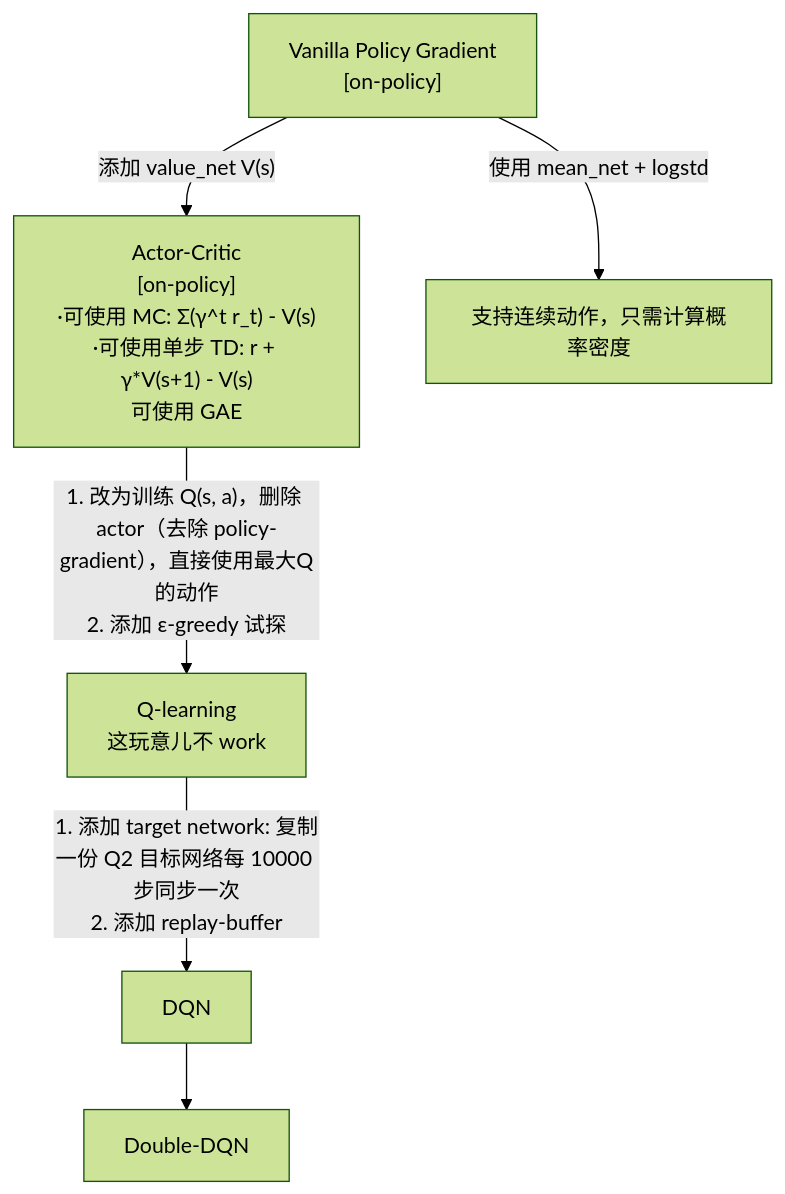
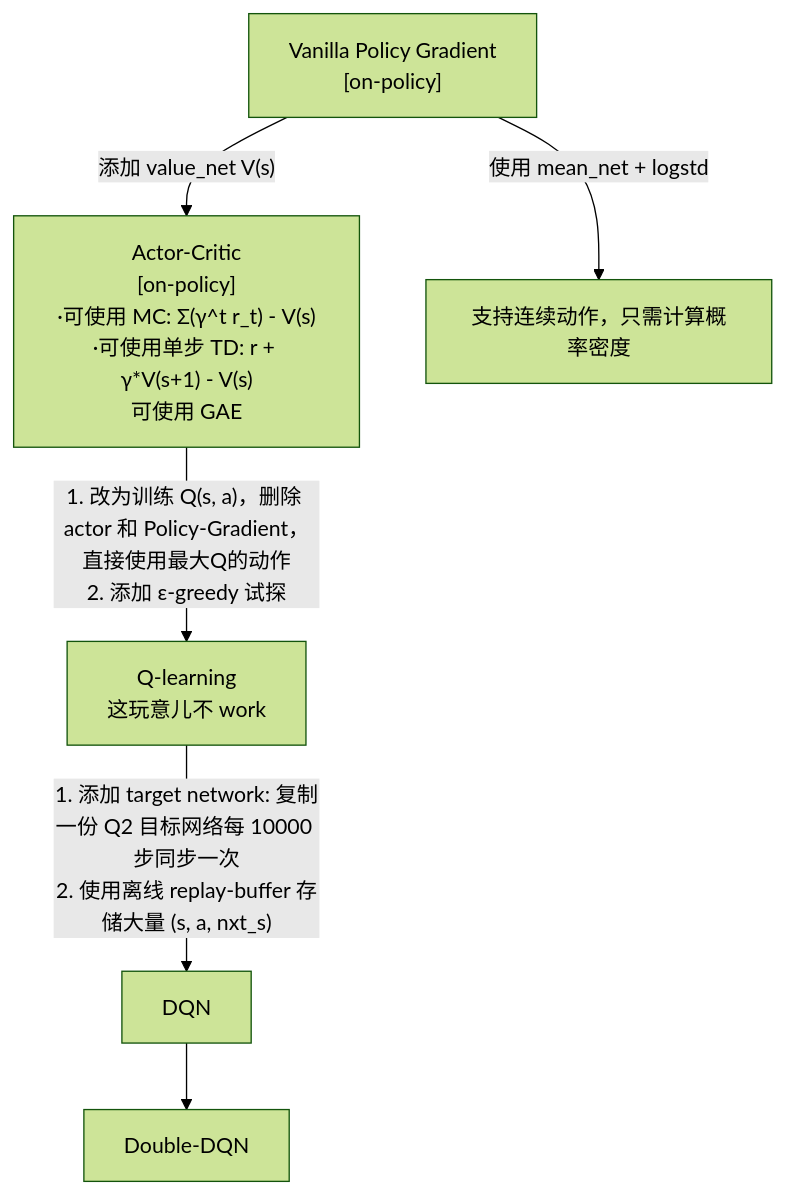
The diagram in 技术学习/285/285-0.md (julyfun/how-to), drawn with Mermaid (forest theme) before and after one commit. The commit also changed other lines of this file and 1 other file, not shown here.

Commit message:
M 技术学习/285/285-0.md | M 技术学习/285/285-2.md

````diff
--- a/技术学习/285/285-0.md
+++ b/技术学习/285/285-0.md
@@ -11,9 +11,9 @@
 ```mermaid
 flowchart TD
     PG["Vanilla Policy Gradient<br>[on-policy]"] -->|"添加 value_net V(s)"| AC
     AC["Actor-Critic<br>[on-policy]<br>·可使用 MC: Σ(γ^t r_t) - V(s)<br>·可使用单步 TD: r + γ*V(s+1) - V(s)<br>可使用 GAE"]
     PG -->|使用 mean_net + logstd| cont[支持连续动作，只需计算概率密度]
-    AC -->|"1. 改为训练 Q(s, a)，删除 actor（去除 policy-gradient），直接使用最大Q的动作<br>2. 添加 ε-greedy 试探"| Q-learning["Q-learning<br>这玩意儿不 work"]
-    Q-learning -->|"1. 添加 target network: 复制一份 Q2 目标网络每 10000 步同步一次<br>2. 添加 replay-buffer"| DQN
+    AC -->|"1. 改为训练 Q(s, a)，删除 actor 和 Policy-Gradient，直接使用最大Q的动作<br>2. 添加 ε-greedy 试探"| Q-learning["Q-learning<br>这玩意儿不 work"]
+    Q-learning -->|"1. 添加 target network: 复制一份 Q2 目标网络每 10000 步同步一次<br>2. 使用离线 replay-buffer 存储大量 (s, a, nxt_s)"| DQN
     DQN --> Double-DQN
 ```
````
